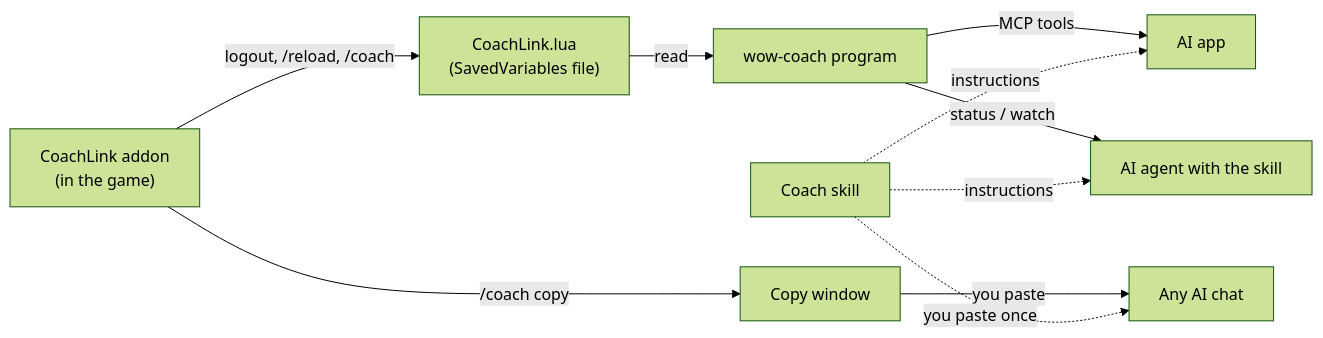
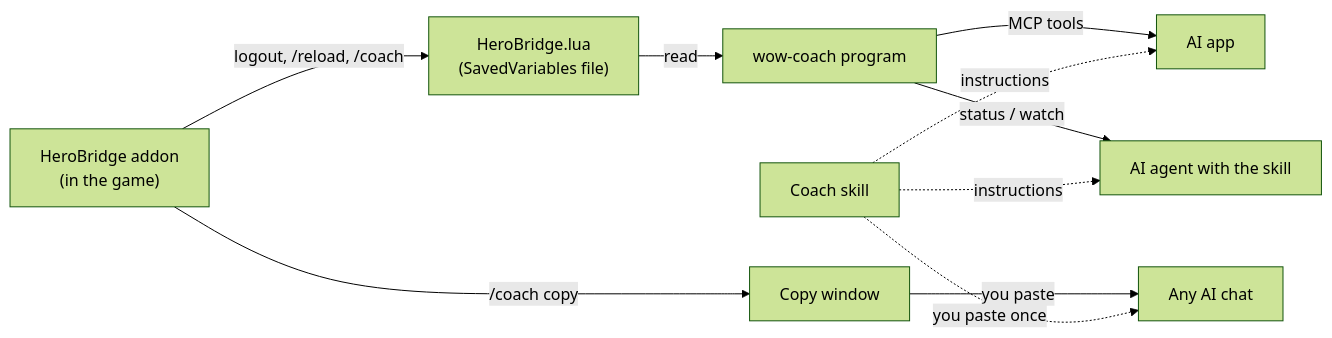
One commit to RayanBayat/wow-coach changed the diagram in docs/design.md. Above: the diagram before and after it, drawn with Mermaid (forest theme). The commit also changed other lines of this file and 71 other files, not shown here.

First line of the commit message:
refactor: rename the in-game addon from CoachLink to HeroBridge

````diff
--- a/docs/design.md
+++ b/docs/design.md
@@ -49,12 +49,12 @@
 ```mermaid
 flowchart LR
-    A["CoachLink addon<br/>(in the game)"] -->|"logout, /reload, /coach"| B["CoachLink.lua<br/>(SavedVariables file)"]
+    A["HeroBridge addon<br/>(in the game)"] -->|"logout, /reload, /coach"| B["HeroBridge.lua<br/>(SavedVariables file)"]
     A -->|"/coach copy"| W["Copy window"]
     W -->|"you paste"| C["Any AI chat"]
     B -->|"read"| D["wow-coach program"]
     D -->|"MCP tools"| E["AI app"]
     D -->|"status / watch"| F["AI agent with the skill"]
     G["Coach skill"] -.->|"instructions"| E
     G -.->|"instructions"| F
     G -.->|"you paste once"| C
 ```
````
